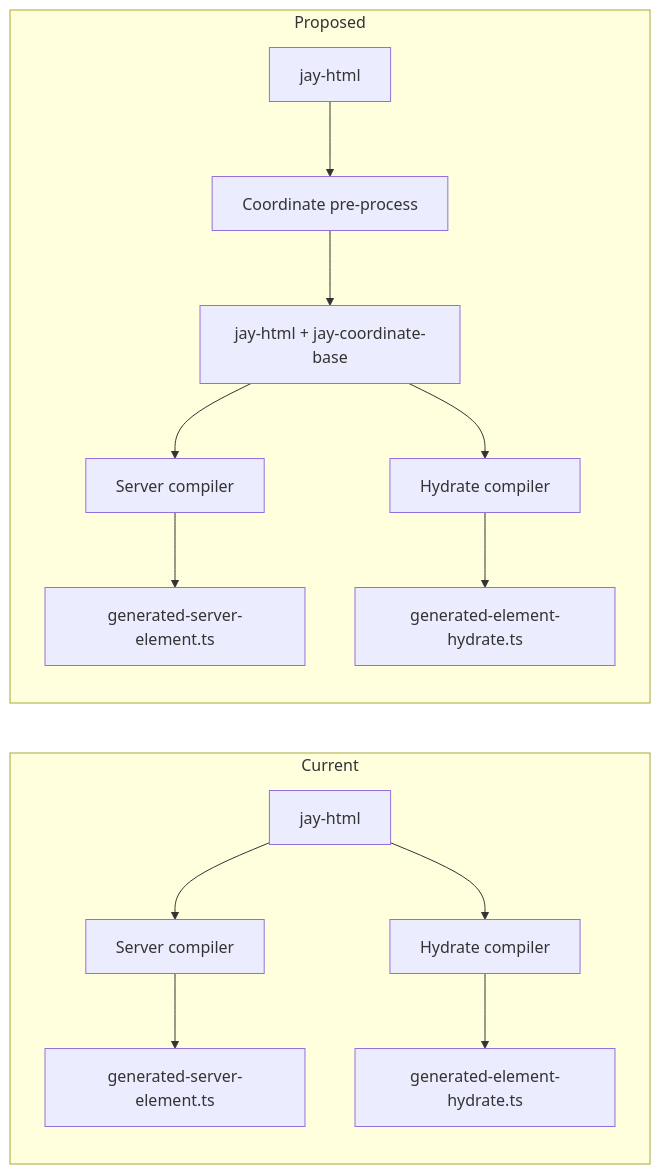
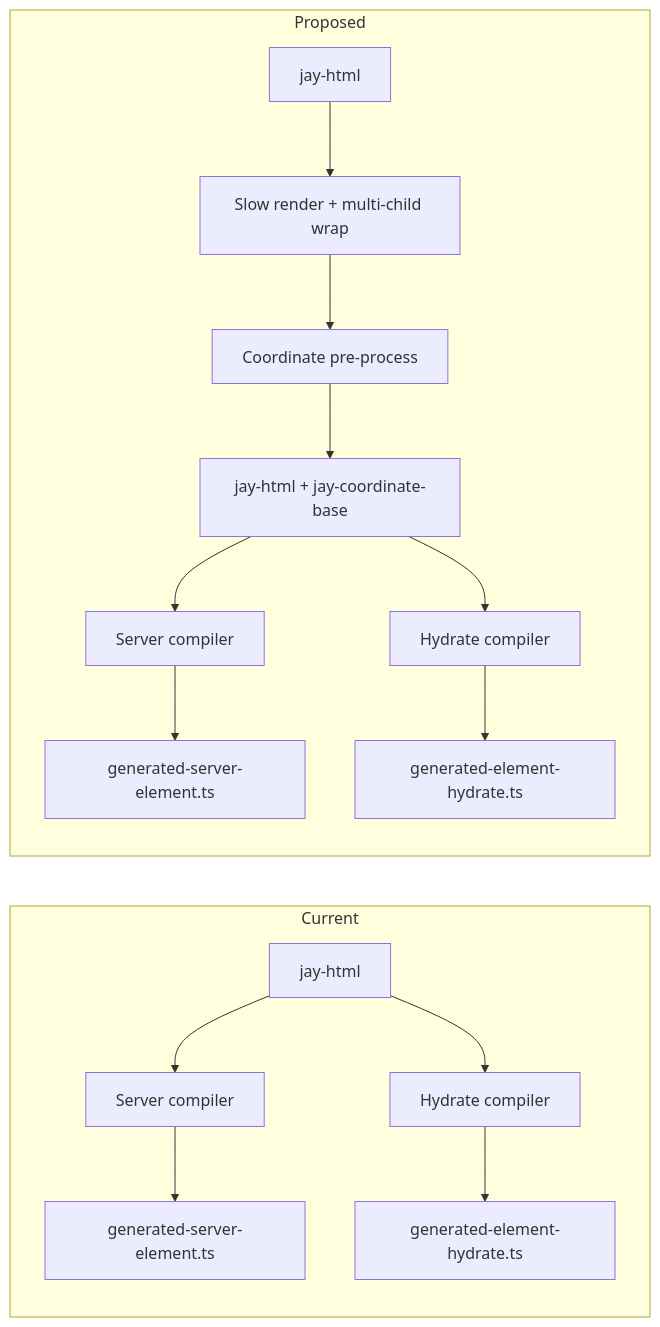
One commit to jay-framework/jay changed the diagram in design-log/103 - coordinate pre-processing for SSR hydration consistency.md. Above: the diagram before and after it, drawn with Mermaid. The commit also changed other lines of this file, not shown here.

````diff
--- a/design-log/103 - coordinate pre-processing for SSR hydration consistency.md
+++ b/design-log/103 - coordinate pre-processing for SSR hydration consistency.md
@@ -21,18 +21,19 @@
 ```mermaid
 flowchart LR
     subgraph before [Current]
         A[jay-html] --> B[Server compiler]
         A --> C[Hydrate compiler]
         B --> D[generated-server-element.ts]
         C --> E[generated-element-hydrate.ts]
     end
 
     subgraph after [Proposed]
-        A2[jay-html] --> P[Coordinate pre-process]
+        A2[jay-html] --> S[Slow render + multi-child wrap]
+        S --> P[Coordinate pre-process]
         P --> A3[jay-html + jay-coordinate-base]
         A3 --> B2[Server compiler]
         A3 --> C2[Hydrate compiler]
         B2 --> D2[generated-server-element.ts]
         C2 --> E2[generated-element-hydrate.ts]
     end
 ```
````
